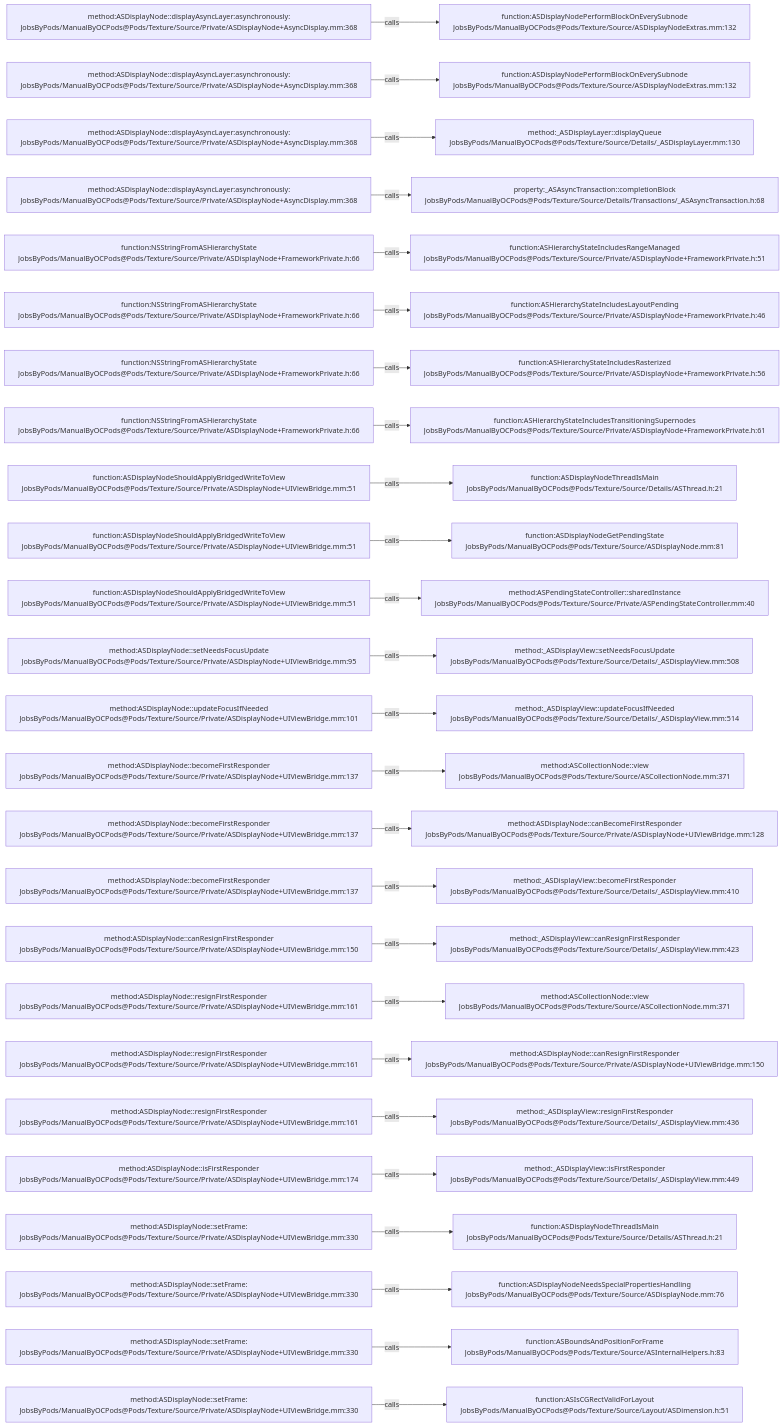
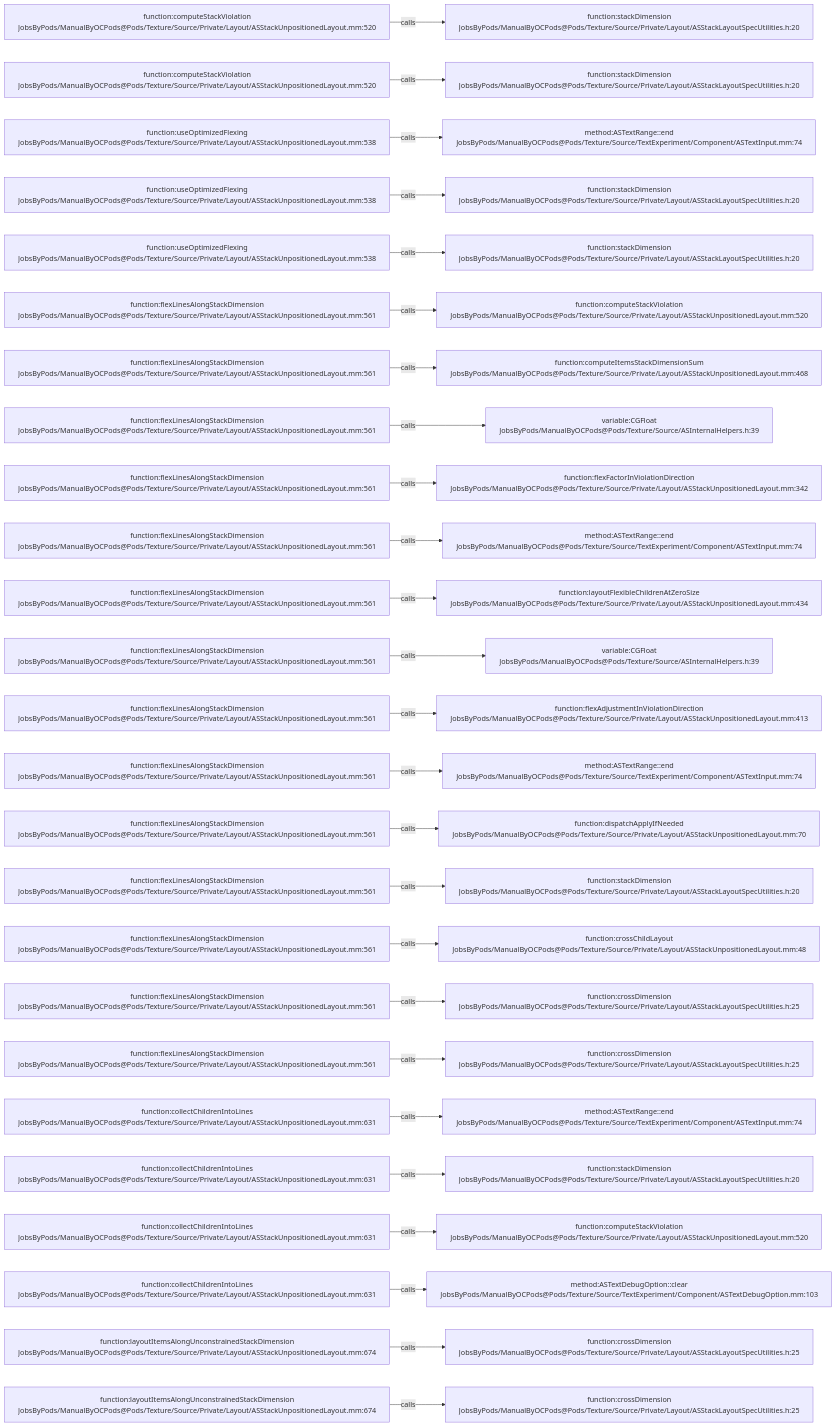
The diagram in .codegraph/codegraph.md/graphs/calls-179.md (JobsKits/JobsOCBaseConfigDemo), drawn with Mermaid before and after one commit. The commit also changed 2723 other files, not shown here.

````diff
--- a/.codegraph/codegraph.md/graphs/calls-179.md
+++ b/.codegraph/codegraph.md/graphs/calls-179.md
@@ -13,78 +13,78 @@
 ```mermaid
 flowchart LR
-  S1["method:ASDisplayNode::displayAsyncLayer:asynchronously:<br/>JobsByPods/ManualByOCPods@Pods/Texture/Source/Private/ASDisplayNode+AsyncDisplay.mm:368"]
-  T1["function:ASDisplayNodePerformBlockOnEverySubnode<br/>JobsByPods/ManualByOCPods@Pods/Texture/Source/ASDisplayNodeExtras.mm:132"]
+  S1["function:computeStackViolation<br/>JobsByPods/ManualByOCPods@Pods/Texture/Source/Private/Layout/ASStackUnpositionedLayout.mm:520"]
+  T1["function:stackDimension<br/>JobsByPods/ManualByOCPods@Pods/Texture/Source/Private/Layout/ASStackLayoutSpecUtilities.h:20"]
   S1 -->|calls| T1
-  S2["method:ASDisplayNode::displayAsyncLayer:asynchronously:<br/>JobsByPods/ManualByOCPods@Pods/Texture/Source/Private/ASDisplayNode+AsyncDisplay.mm:368"]
-  T2["function:ASDisplayNodePerformBlockOnEverySubnode<br/>JobsByPods/ManualByOCPods@Pods/Texture/Source/ASDisplayNodeExtras.mm:132"]
+  S2["function:computeStackViolation<br/>JobsByPods/ManualByOCPods@Pods/Texture/Source/Private/Layout/ASStackUnpositionedLayout.mm:520"]
+  T2["function:stackDimension<br/>JobsByPods/ManualByOCPods@Pods/Texture/Source/Private/Layout/ASStackLayoutSpecUtilities.h:20"]
   S2 -->|calls| T2
-  S3["method:ASDisplayNode::displayAsyncLayer:asynchronously:<br/>JobsByPods/ManualByOCPods@Pods/Texture/Source/Private/ASDisplayNode+AsyncDisplay.mm:368"]
-  T3["method:_ASDisplayLayer::displayQueue<br/>JobsByPods/ManualByOCPods@Pods/Texture/Source/Details/_ASDisplayLayer.mm:130"]
+  S3["function:useOptimizedFlexing<br/>JobsByPods/ManualByOCPods@Pods/Texture/Source/Private/Layout/ASStackUnpositionedLayout.mm:538"]
+  T3["method:ASTextRange::end<br/>JobsByPods/ManualByOCPods@Pods/Texture/Source/TextExperiment/Component/ASTextInput.mm:74"]
   S3 -->|calls| T3
-  S4["method:ASDisplayNode::displayAsyncLayer:asynchronously:<br/>JobsByPods/ManualByOCPods@Pods/Texture/Source/Private/ASDisplayNode+AsyncDisplay.mm:368"]
-  T4["property:_ASAsyncTransaction::completionBlock<br/>JobsByPods/ManualByOCPods@Pods/Texture/Source/Details/Transactions/_ASAsyncTransaction.h:68"]
+  S4["function:useOptimizedFlexing<br/>JobsByPods/ManualByOCPods@Pods/Texture/Source/Private/Layout/ASStackUnpositionedLayout.mm:538"]
+  T4["function:stackDimension<br/>JobsByPods/ManualByOCPods@Pods/Texture/Source/Private/Layout/ASStackLayoutSpecUtilities.h:20"]
   S4 -->|calls| T4
-  S5["function:NSStringFromASHierarchyState<br/>JobsByPods/ManualByOCPods@Pods/Texture/Source/Private/ASDisplayNode+FrameworkPrivate.h:66"]
-  T5["function:ASHierarchyStateIncludesRangeManaged<br/>JobsByPods/ManualByOCPods@Pods/Texture/Source/Private/ASDisplayNode+FrameworkPrivate.h:51"]
+  S5["function:useOptimizedFlexing<br/>JobsByPods/ManualByOCPods@Pods/Texture/Source/Private/Layout/ASStackUnpositionedLayout.mm:538"]
+  T5["function:stackDimension<br/>JobsByPods/ManualByOCPods@Pods/Texture/Source/Private/Layout/ASStackLayoutSpecUtilities.h:20"]
   S5 -->|calls| T5
-  S6["function:NSStringFromASHierarchyState<br/>JobsByPods/ManualByOCPods@Pods/Texture/Source/Private/ASDisplayNode+FrameworkPrivate.h:66"]
-  T6["function:ASHierarchyStateIncludesLayoutPending<br/>JobsByPods/ManualByOCPods@Pods/Texture/Source/Private/ASDisplayNode+FrameworkPrivate.h:46"]
+  S6["function:flexLinesAlongStackDimension<br/>JobsByPods/ManualByOCPods@Pods/Texture/Source/Private/Layout/ASStackUnpositionedLayout.mm:561"]
+  T6["function:computeStackViolation<br/>JobsByPods/ManualByOCPods@Pods/Texture/Source/Private/Layout/ASStackUnpositionedLayout.mm:520"]
   S6 -->|calls| T6
-  S7["function:NSStringFromASHierarchyState<br/>JobsByPods/ManualByOCPods@Pods/Texture/Source/Private/ASDisplayNode+FrameworkPrivate.h:66"]
-  T7["function:ASHierarchyStateIncludesRasterized<br/>JobsByPods/ManualByOCPods@Pods/Texture/Source/Private/ASDisplayNode+FrameworkPrivate.h:56"]
+  S7["function:flexLinesAlongStackDimension<br/>JobsByPods/ManualByOCPods@Pods/Texture/Source/Private/Layout/ASStackUnpositionedLayout.mm:561"]
+  T7["function:computeItemsStackDimensionSum<br/>JobsByPods/ManualByOCPods@Pods/Texture/Source/Private/Layout/ASStackUnpositionedLayout.mm:468"]
   S7 -->|calls| T7
-  S8["function:NSStringFromASHierarchyState<br/>JobsByPods/ManualByOCPods@Pods/Texture/Source/Private/ASDisplayNode+FrameworkPrivate.h:66"]
-  T8["function:ASHierarchyStateIncludesTransitioningSupernodes<br/>JobsByPods/ManualByOCPods@Pods/Texture/Source/Private/ASDisplayNode+FrameworkPrivate.h:61"]
+  S8["function:flexLinesAlongStackDimension<br/>JobsByPods/ManualByOCPods@Pods/Texture/Source/Private/Layout/ASStackUnpositionedLayout.mm:561"]
+  T8["variable:CGFloat<br/>JobsByPods/ManualByOCPods@Pods/Texture/Source/ASInternalHelpers.h:39"]
   S8 -->|calls| T8
-  S9["function:ASDisplayNodeShouldApplyBridgedWriteToView<br/>JobsByPods/ManualByOCPods@Pods/Texture/Source/Private/ASDisplayNode+UIViewBridge.mm:51"]
-  T9["function:ASDisplayNodeThreadIsMain<br/>JobsByPods/ManualByOCPods@Pods/Texture/Source/Details/ASThread.h:21"]
+  S9["function:flexLinesAlongStackDimension<br/>JobsByPods/ManualByOCPods@Pods/Texture/Source/Private/Layout/ASStackUnpositionedLayout.mm:561"]
+  T9["function:flexFactorInViolationDirection<br/>JobsByPods/ManualByOCPods@Pods/Texture/Source/Private/Layout/ASStackUnpositionedLayout.mm:342"]
   S9 -->|calls| T9
-  S10["function:ASDisplayNodeShouldApplyBridgedWriteToView<br/>JobsByPods/ManualByOCPods@Pods/Texture/Source/Private/ASDisplayNode+UIViewBridge.mm:51"]
-  T10["function:ASDisplayNodeGetPendingState<br/>JobsByPods/ManualByOCPods@Pods/Texture/Source/ASDisplayNode.mm:81"]
+  S10["function:flexLinesAlongStackDimension<br/>JobsByPods/ManualByOCPods@Pods/Texture/Source/Private/Layout/ASStackUnpositionedLayout.mm:561"]
+  T10["method:ASTextRange::end<br/>JobsByPods/ManualByOCPods@Pods/Texture/Source/TextExperiment/Component/ASTextInput.mm:74"]
   S10 -->|calls| T10
-  S11["function:ASDisplayNodeShouldApplyBridgedWriteToView<br/>JobsByPods/ManualByOCPods@Pods/Texture/Source/Private/ASDisplayNode+UIViewBridge.mm:51"]
-  T11["method:ASPendingStateController::sharedInstance<br/>JobsByPods/ManualByOCPods@Pods/Texture/Source/Private/ASPendingStateController.mm:40"]
+  S11["function:flexLinesAlongStackDimension<br/>JobsByPods/ManualByOCPods@Pods/Texture/Source/Private/Layout/ASStackUnpositionedLayout.mm:561"]
+  T11["function:layoutFlexibleChildrenAtZeroSize<br/>JobsByPods/ManualByOCPods@Pods/Texture/Source/Private/Layout/ASStackUnpositionedLayout.mm:434"]
   S11 -->|calls| T11
-  S12["method:ASDisplayNode::setNeedsFocusUpdate<br/>JobsByPods/ManualByOCPods@Pods/Texture/Source/Private/ASDisplayNode+UIViewBridge.mm:95"]
-  T12["method:_ASDisplayView::setNeedsFocusUpdate<br/>JobsByPods/ManualByOCPods@Pods/Texture/Source/Details/_ASDisplayView.mm:508"]
+  S12["function:flexLinesAlongStackDimension<br/>JobsByPods/ManualByOCPods@Pods/Texture/Source/Private/Layout/ASStackUnpositionedLayout.mm:561"]
+  T12["variable:CGFloat<br/>JobsByPods/ManualByOCPods@Pods/Texture/Source/ASInternalHelpers.h:39"]
   S12 -->|calls| T12
-  S13["method:ASDisplayNode::updateFocusIfNeeded<br/>JobsByPods/ManualByOCPods@Pods/Texture/Source/Private/ASDisplayNode+UIViewBridge.mm:101"]
-  T13["method:_ASDisplayView::updateFocusIfNeeded<br/>JobsByPods/ManualByOCPods@Pods/Texture/Source/Details/_ASDisplayView.mm:514"]
+  S13["function:flexLinesAlongStackDimension<br/>JobsByPods/ManualByOCPods@Pods/Texture/Source/Private/Layout/ASStackUnpositionedLayout.mm:561"]
+  T13["function:flexAdjustmentInViolationDirection<br/>JobsByPods/ManualByOCPods@Pods/Texture/Source/Private/Layout/ASStackUnpositionedLayout.mm:413"]
   S13 -->|calls| T13
-  S14["method:ASDisplayNode::becomeFirstResponder<br/>JobsByPods/ManualByOCPods@Pods/Texture/Source/Private/ASDisplayNode+UIViewBridge.mm:137"]
-  T14["method:ASCollectionNode::view<br/>JobsByPods/ManualByOCPods@Pods/Texture/Source/ASCollectionNode.mm:371"]
+  S14["function:flexLinesAlongStackDimension<br/>JobsByPods/ManualByOCPods@Pods/Texture/Source/Private/Layout/ASStackUnpositionedLayout.mm:561"]
+  T14["method:ASTextRange::end<br/>JobsByPods/ManualByOCPods@Pods/Texture/Source/TextExperiment/Component/ASTextInput.mm:74"]
   S14 -->|calls| T14
-  S15["method:ASDisplayNode::becomeFirstResponder<br/>JobsByPods/ManualByOCPods@Pods/Texture/Source/Private/ASDisplayNode+UIViewBridge.mm:137"]
-  T15["method:ASDisplayNode::canBecomeFirstResponder<br/>JobsByPods/ManualByOCPods@Pods/Texture/Source/Private/ASDisplayNode+UIViewBridge.mm:128"]
+  S15["function:flexLinesAlongStackDimension<br/>JobsByPods/ManualByOCPods@Pods/Texture/Source/Private/Layout/ASStackUnpositionedLayout.mm:561"]
+  T15["function:dispatchApplyIfNeeded<br/>JobsByPods/ManualByOCPods@Pods/Texture/Source/Private/Layout/ASStackUnpositionedLayout.mm:70"]
   S15 -->|calls| T15
-  S16["method:ASDisplayNode::becomeFirstResponder<br/>JobsByPods/ManualByOCPods@Pods/Texture/Source/Private/ASDisplayNode+UIViewBridge.mm:137"]
-  T16["method:_ASDisplayView::becomeFirstResponder<br/>JobsByPods/ManualByOCPods@Pods/Texture/Source/Details/_ASDisplayView.mm:410"]
+  S16["function:flexLinesAlongStackDimension<br/>JobsByPods/ManualByOCPods@Pods/Texture/Source/Private/Layout/ASStackUnpositionedLayout.mm:561"]
+  T16["function:stackDimension<br/>JobsByPods/ManualByOCPods@Pods/Texture/Source/Private/Layout/ASStackLayoutSpecUtilities.h:20"]
   S16 -->|calls| T16
-  S17["method:ASDisplayNode::canResignFirstResponder<br/>JobsByPods/ManualByOCPods@Pods/Texture/Source/Private/ASDisplayNode+UIViewBridge.mm:150"]
-  T17["method:_ASDisplayView::canResignFirstResponder<br/>JobsByPods/ManualByOCPods@Pods/Texture/Source/Details/_ASDisplayView.mm:423"]
+  S17["function:flexLinesAlongStackDimension<br/>JobsByPods/ManualByOCPods@Pods/Texture/Source/Private/Layout/ASStackUnpositionedLayout.mm:561"]
+  T17["function:crossChildLayout<br/>JobsByPods/ManualByOCPods@Pods/Texture/Source/Private/Layout/ASStackUnpositionedLayout.mm:48"]
   S17 -->|calls| T17
-  S18["method:ASDisplayNode::resignFirstResponder<br/>JobsByPods/ManualByOCPods@Pods/Texture/Source/Private/ASDisplayNode+UIViewBridge.mm:161"]
-  T18["method:ASCollectionNode::view<br/>JobsByPods/ManualByOCPods@Pods/Texture/Source/ASCollectionNode.mm:371"]
+  S18["function:flexLinesAlongStackDimension<br/>JobsByPods/ManualByOCPods@Pods/Texture/Source/Private/Layout/ASStackUnpositionedLayout.mm:561"]
+  T18["function:crossDimension<br/>JobsByPods/ManualByOCPods@Pods/Texture/Source/Private/Layout/ASStackLayoutSpecUtilities.h:25"]
   S18 -->|calls| T18
-  S19["method:ASDisplayNode::resignFirstResponder<br/>JobsByPods/ManualByOCPods@Pods/Texture/Source/Private/ASDisplayNode+UIViewBridge.mm:161"]
-  T19["method:ASDisplayNode::canResignFirstResponder<br/>JobsByPods/ManualByOCPods@Pods/Texture/Source/Private/ASDisplayNode+UIViewBridge.mm:150"]
+  S19["function:flexLinesAlongStackDimension<br/>JobsByPods/ManualByOCPods@Pods/Texture/Source/Private/Layout/ASStackUnpositionedLayout.mm:561"]
+  T19["function:crossDimension<br/>JobsByPods/ManualByOCPods@Pods/Texture/Source/Private/Layout/ASStackLayoutSpecUtilities.h:25"]
   S19 -->|calls| T19
-  S20["method:ASDisplayNode::resignFirstResponder<br/>JobsByPods/ManualByOCPods@Pods/Texture/Source/Private/ASDisplayNode+UIViewBridge.mm:161"]
-  T20["method:_ASDisplayView::resignFirstResponder<br/>JobsByPods/ManualByOCPods@Pods/Texture/Source/Details/_ASDisplayView.mm:436"]
+  S20["function:collectChildrenIntoLines<br/>JobsByPods/ManualByOCPods@Pods/Texture/Source/Private/Layout/ASStackUnpositionedLayout.mm:631"]
+  T20["method:ASTextRange::end<br/>JobsByPods/ManualByOCPods@Pods/Texture/Source/TextExperiment/Component/ASTextInput.mm:74"]
   S20 -->|calls| T20
-  S21["method:ASDisplayNode::isFirstResponder<br/>JobsByPods/ManualByOCPods@Pods/Texture/Source/Private/ASDisplayNode+UIViewBridge.mm:174"]
-  T21["method:_ASDisplayView::isFirstResponder<br/>JobsByPods/ManualByOCPods@Pods/Texture/Source/Details/_ASDisplayView.mm:449"]
+  S21["function:collectChildrenIntoLines<br/>JobsByPods/ManualByOCPods@Pods/Texture/Source/Private/Layout/ASStackUnpositionedLayout.mm:631"]
+  T21["function:stackDimension<br/>JobsByPods/ManualByOCPods@Pods/Texture/Source/Private/Layout/ASStackLayoutSpecUtilities.h:20"]
   S21 -->|calls| T21
-  S22["method:ASDisplayNode::setFrame:<br/>JobsByPods/ManualByOCPods@Pods/Texture/Source/Private/ASDisplayNode+UIViewBridge.mm:330"]
-  T22["function:ASDisplayNodeThreadIsMain<br/>JobsByPods/ManualByOCPods@Pods/Texture/Source/Details/ASThread.h:21"]
+  S22["function:collectChildrenIntoLines<br/>JobsByPods/ManualByOCPods@Pods/Texture/Source/Private/Layout/ASStackUnpositionedLayout.mm:631"]
+  T22["function:computeStackViolation<br/>JobsByPods/ManualByOCPods@Pods/Texture/Source/Private/Layout/ASStackUnpositionedLayout.mm:520"]
   S22 -->|calls| T22
-  S23["method:ASDisplayNode::setFrame:<br/>JobsByPods/ManualByOCPods@Pods/Texture/Source/Private/ASDisplayNode+UIViewBridge.mm:330"]
-  T23["function:ASDisplayNodeNeedsSpecialPropertiesHandling<br/>JobsByPods/ManualByOCPods@Pods/Texture/Source/ASDisplayNode.mm:76"]
+  S23["function:collectChildrenIntoLines<br/>JobsByPods/ManualByOCPods@Pods/Texture/Source/Private/Layout/ASStackUnpositionedLayout.mm:631"]
+  T23["method:ASTextDebugOption::clear<br/>JobsByPods/ManualByOCPods@Pods/Texture/Source/TextExperiment/Component/ASTextDebugOption.mm:103"]
   S23 -->|calls| T23
-  S24["method:ASDisplayNode::setFrame:<br/>JobsByPods/ManualByOCPods@Pods/Texture/Source/Private/ASDisplayNode+UIViewBridge.mm:330"]
-  T24["function:ASBoundsAndPositionForFrame<br/>JobsByPods/ManualByOCPods@Pods/Texture/Source/ASInternalHelpers.h:83"]
+  S24["function:layoutItemsAlongUnconstrainedStackDimension<br/>JobsByPods/ManualByOCPods@Pods/Texture/Source/Private/Layout/ASStackUnpositionedLayout.mm:674"]
+  T24["function:crossDimension<br/>JobsByPods/ManualByOCPods@Pods/Texture/Source/Private/Layout/ASStackLayoutSpecUtilities.h:25"]
   S24 -->|calls| T24
-  S25["method:ASDisplayNode::setFrame:<br/>JobsByPods/ManualByOCPods@Pods/Texture/Source/Private/ASDisplayNode+UIViewBridge.mm:330"]
-  T25["function:ASIsCGRectValidForLayout<br/>JobsByPods/ManualByOCPods@Pods/Texture/Source/Layout/ASDimension.h:51"]
+  S25["function:layoutItemsAlongUnconstrainedStackDimension<br/>JobsByPods/ManualByOCPods@Pods/Texture/Source/Private/Layout/ASStackUnpositionedLayout.mm:674"]
+  T25["function:crossDimension<br/>JobsByPods/ManualByOCPods@Pods/Texture/Source/Private/Layout/ASStackLayoutSpecUtilities.h:25"]
   S25 -->|calls| T25
 ```
````
